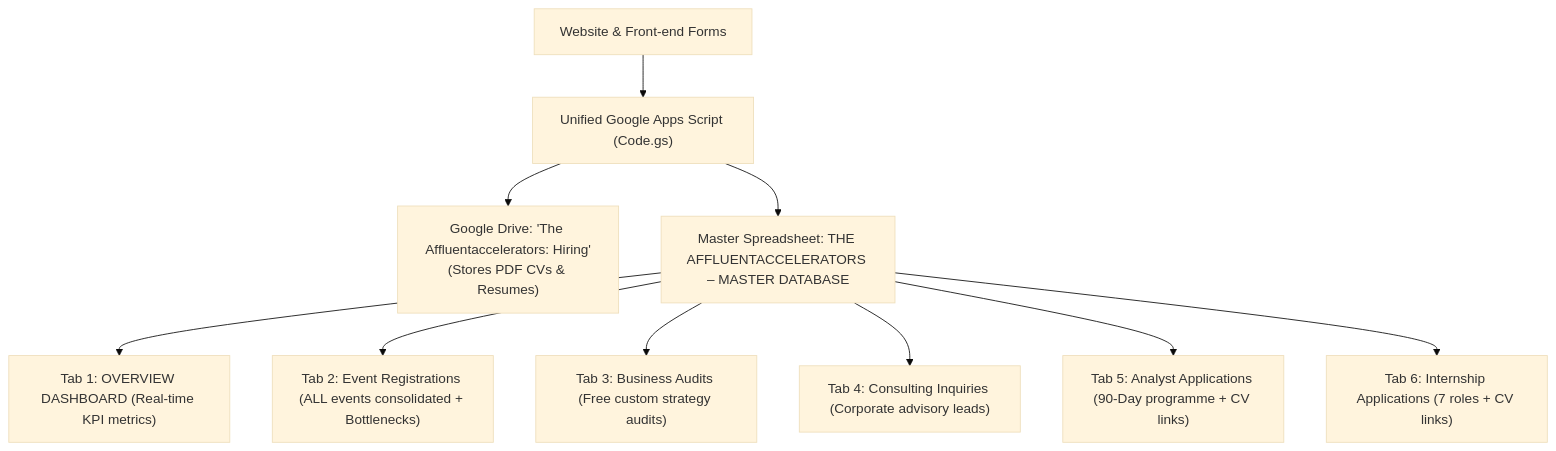
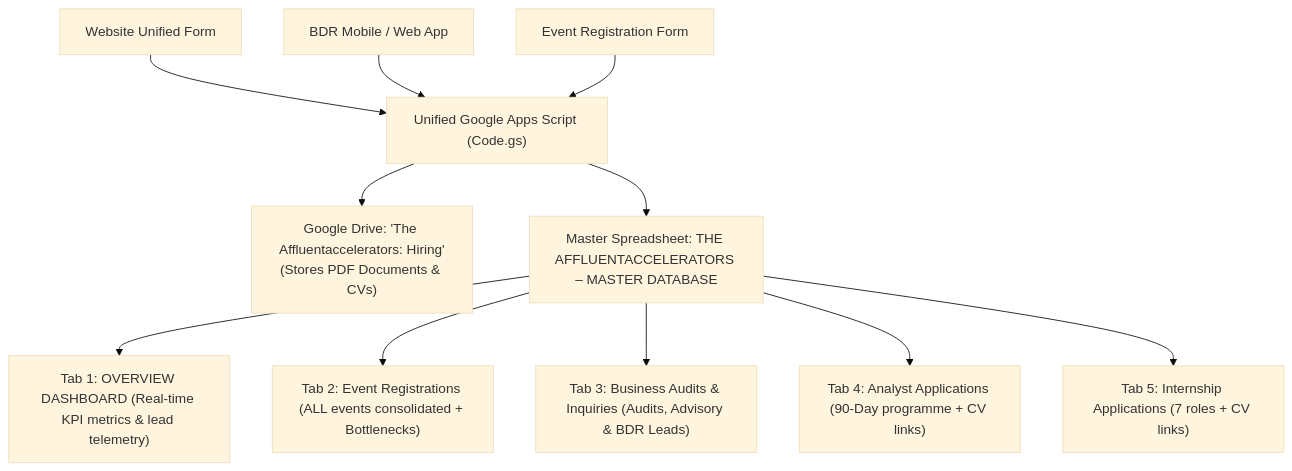
The diagram in GOOGLE_SHEETS_UNIFIED_SETUP.md (taiwoanuoluwapi/the-affluentaccelerators-website), drawn with Mermaid (base theme) before and after one commit. The commit also changed other lines of this file and 1 other file, not shown here.

````diff
--- a/GOOGLE_SHEETS_UNIFIED_SETUP.md
+++ b/GOOGLE_SHEETS_UNIFIED_SETUP.md
@@ -27,12 +24,13 @@
 ```mermaid
 graph TD
-    A["Website & Front-end Forms"] --> B["Unified Google Apps Script (Code.gs)"]
-    B --> C["Google Drive: 'The Affluentaccelerators: Hiring'<br/>(Stores PDF CVs & Resumes)"]
-    B --> D["Master Spreadsheet: THE AFFLUENTACCELERATORS – MASTER DATABASE"]
-    D --> E["Tab 1: OVERVIEW DASHBOARD (Real-time KPI metrics)"]
-    D --> F["Tab 2: Event Registrations (ALL events consolidated + Bottlenecks)"]
-    D --> G["Tab 3: Business Audits (Free custom strategy audits)"]
-    D --> H["Tab 4: Consulting Inquiries (Corporate advisory leads)"]
-    D --> I["Tab 5: Analyst Applications (90-Day programme + CV links)"]
-    D --> J["Tab 6: Internship Applications (7 roles + CV links)"]
+    A["Website Unified Form"] --> D["Unified Google Apps Script (Code.gs)"]
+    B["BDR Mobile / Web App"] --> D
+    C["Event Registration Form"] --> D
+    D --> E["Google Drive: 'The Affluentaccelerators: Hiring'<br/>(Stores PDF Documents & CVs)"]
+    D --> F["Master Spreadsheet: THE AFFLUENTACCELERATORS – MASTER DATABASE"]
+    F --> G["Tab 1: OVERVIEW DASHBOARD (Real-time KPI metrics & lead telemetry)"]
+    F --> H["Tab 2: Event Registrations (ALL events consolidated + Bottlenecks)"]
+    F --> I["Tab 3: Business Audits & Inquiries (Audits, Advisory & BDR Leads)"]
+    F --> J["Tab 4: Analyst Applications (90-Day programme + CV links)"]
+    F --> K["Tab 5: Internship Applications (7 roles + CV links)"]
 ```
````
